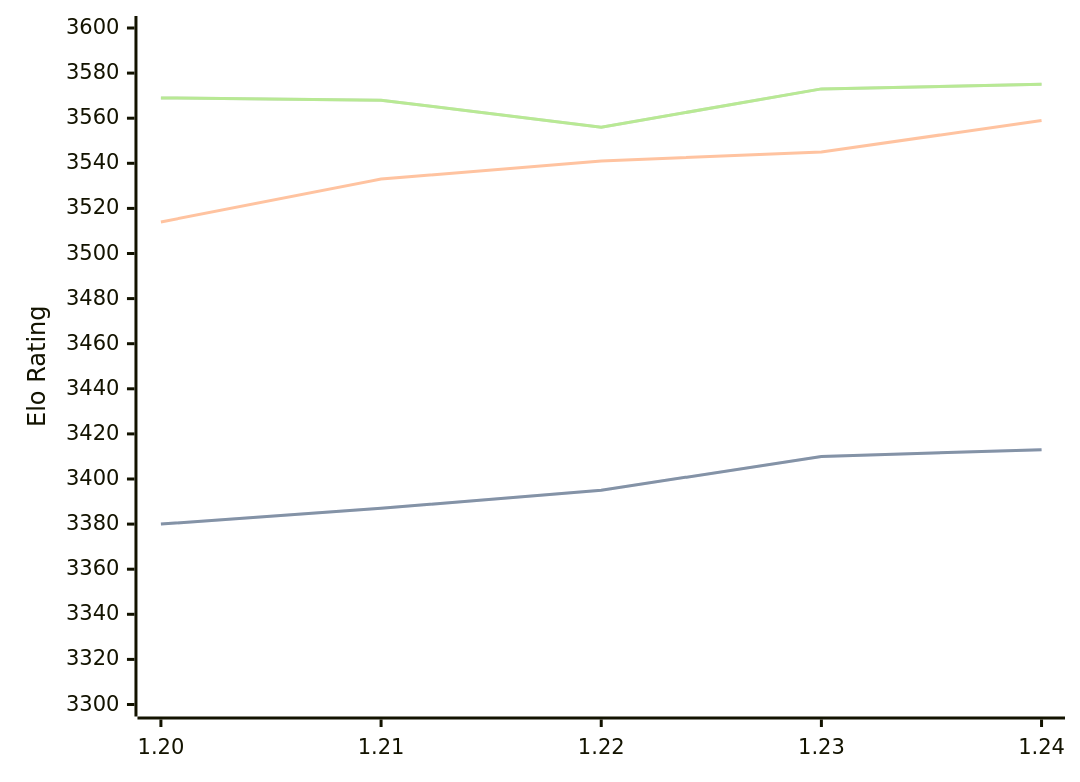
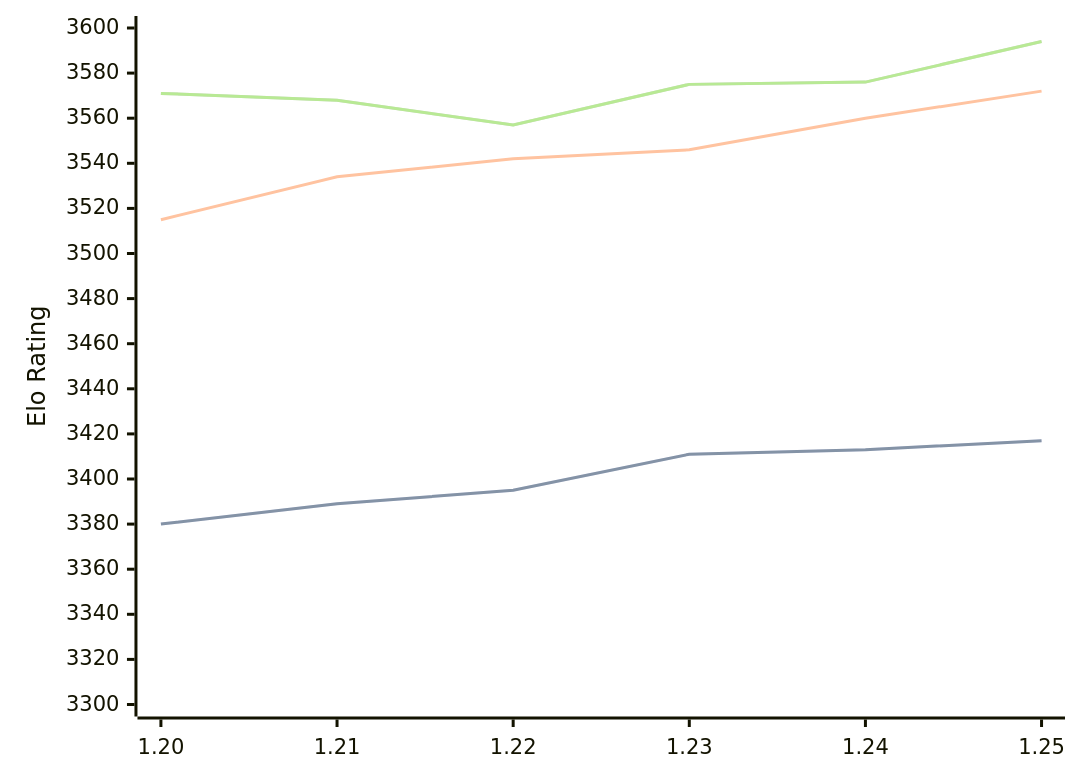
Before and after one commit to computer-chess-index/cci: the diagram in engines/Caissa.md, drawn with Mermaid. The commit also changed other lines of this file, not shown here.

Commit message:
Update CCI Ratings (ELO VLTC) - 2026-04-07

````diff
--- a/engines/Caissa.md
+++ b/engines/Caissa.md
@@ -65,11 +65,11 @@
 ```mermaid
 %%{init: {"theme":"base","themeVariables":{"seriesColors:['#a3a3a3','#222221','#faa371']}}}%%
 xychart-beta
-  x-axis ["1.20", "1.21", "1.22", "1.23", "1.24"]
+  x-axis ["1.20", "1.21", "1.22", "1.23", "1.24", "1.25"]
   y-axis "Elo Rating" 3300 --> 3600
-  line "STC (8.0+0.08s)" [3380, 3387, 3395, 3410, 3413]
-  line "STC (8.0+0.08s)" [3380, 3387, 3395, 3410, 3413]
-  line "LTC (60.0+0.60s)" [3514, 3533, 3541, 3545, 3559]
-  line "VLTC (2m24s+1.12s)" [3569, 3568, 3556, 3573, 3575]
-  line "VLTC (2m24s+1.12s)" [3569, 3568, 3556, 3573, 3575]
+  line "STC (8.0+0.08s)" [3380, 3389, 3395, 3411, 3413, 3417]
+  line "STC (8.0+0.08s)" [3380, 3389, 3395, 3411, 3413, 3417]
+  line "LTC (60.0+0.60s)" [3515, 3534, 3542, 3546, 3560, 3572]
+  line "VLTC (2m24s+1.12s)" [3571, 3568, 3557, 3575, 3576, 3594]
+  line "VLTC (2m24s+1.12s)" [3571, 3568, 3557, 3575, 3576, 3594]
 ```
````
